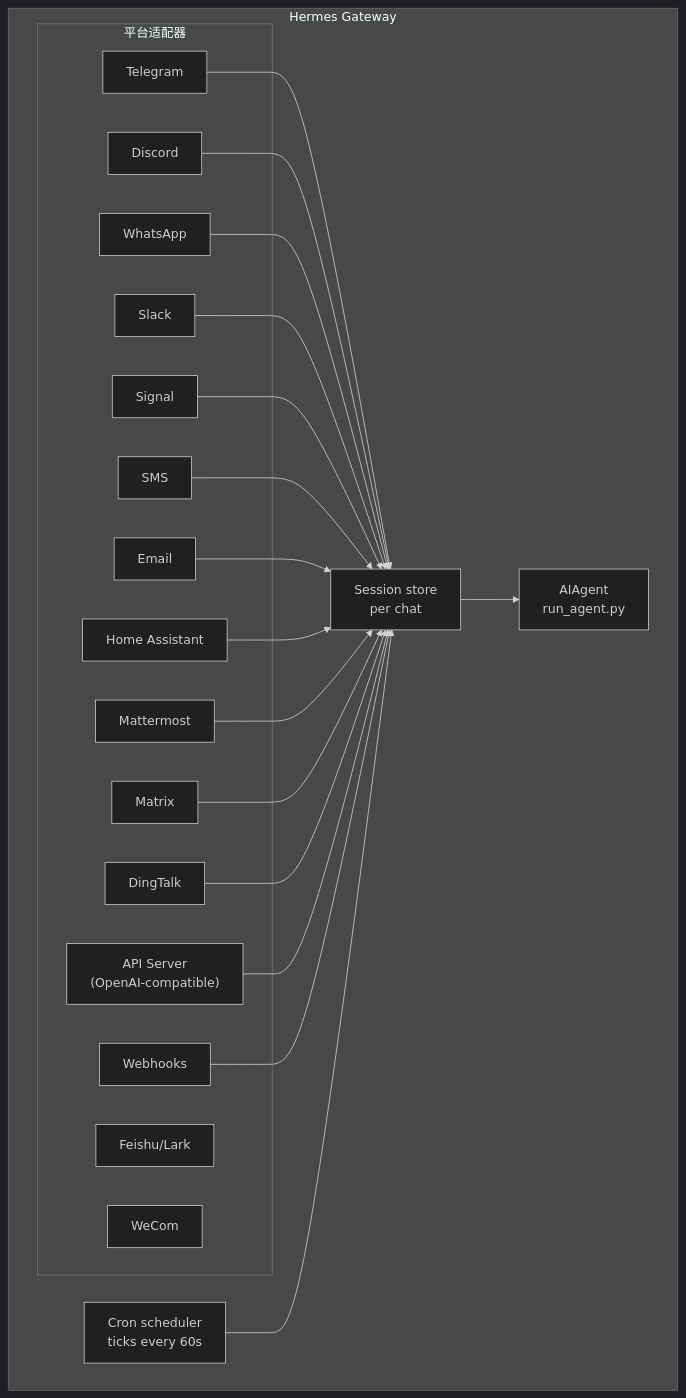
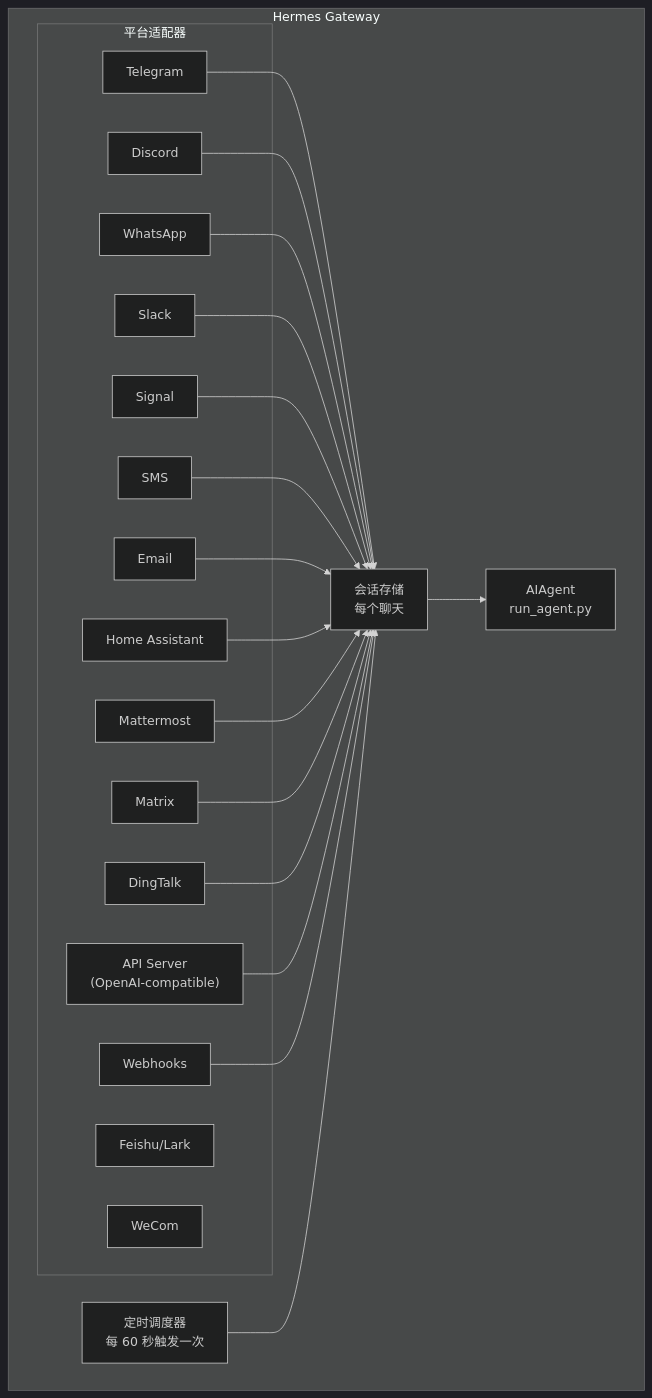
The diagram in site/docs/user-guide/messaging/index.md (dracohu2025-cloud/hermes-agent), drawn with Mermaid (dark theme) before and after one commit. The commit also changed other lines of this file and 50 other files, not shown here.

````diff
--- a/site/docs/user-guide/messaging/index.md
+++ b/site/docs/user-guide/messaging/index.md
@@ -15,42 +35,42 @@
 ```mermaid
 flowchart TB
     subgraph Gateway["Hermes Gateway"]
         subgraph Adapters["平台适配器"]
             tg[Telegram]
             dc[Discord]
             wa[WhatsApp]
             sl[Slack]
             sig[Signal]
             sms[SMS]
             em[Email]
             ha[Home Assistant]
             mm[Mattermost]
             mx[Matrix]
             dt[DingTalk]
     fs[Feishu/Lark]
     wc[WeCom]
             api["API Server<br/>(OpenAI-compatible)"]
             wh[Webhooks]
         end
 
-        store["Session store<br/>per chat"]
+        store["会话存储<br/>每个聊天"]
         agent["AIAgent<br/>run_agent.py"]
-        cron["Cron scheduler<br/>ticks every 60s"]
+        cron["定时调度器<br/>每 60 秒触发一次"]
     end
 
     tg --> store
     dc --> store
     wa --> store
     sl --> store
     sig --> store
     sms --> store
     em --> store
     ha --> store
     mm --> store
     mx --> store
     dt --> store
     api --> store
     wh --> store
     store --> agent
     cron --> store
 ```
````
